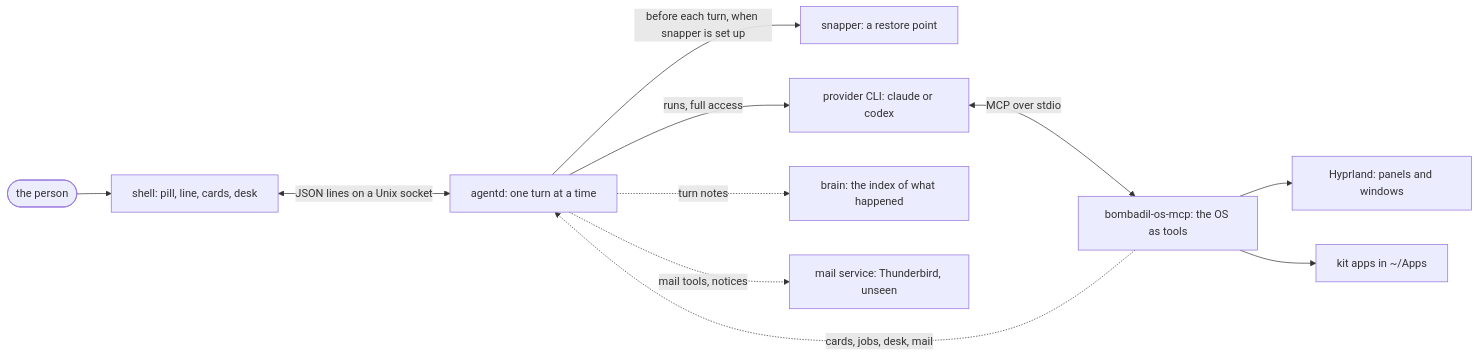
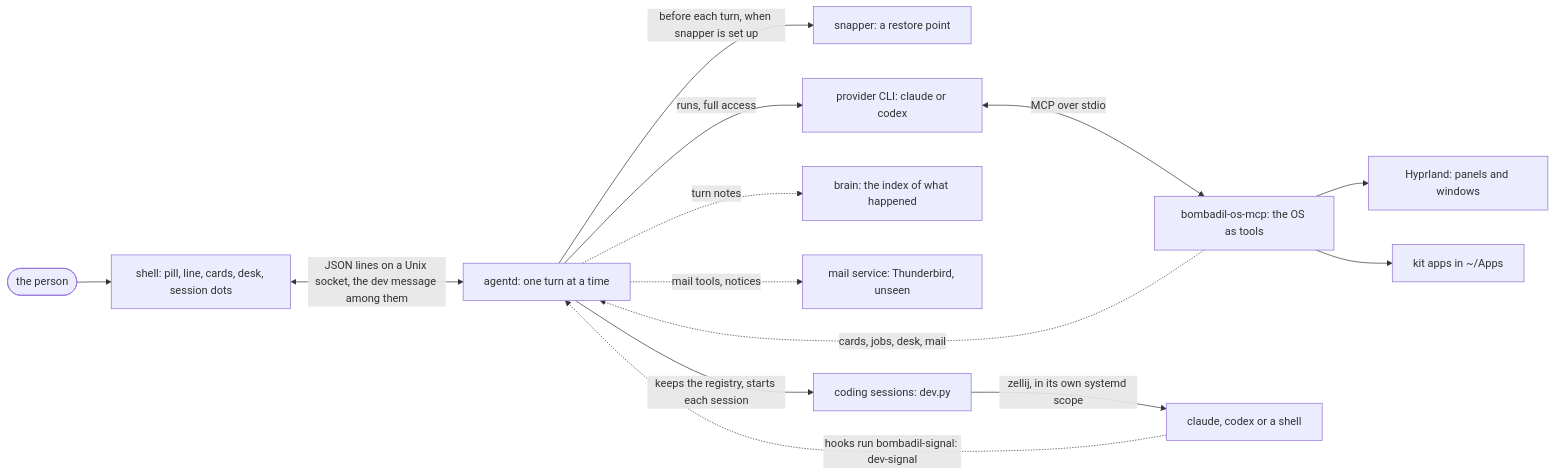
The first of 2 diagrams in docs/ARCHITECTURE.md (thedefaultman/Bombadil), drawn with Mermaid before and after one commit. The commit also changed other lines of this file and 37 other files, not shown here.

First line of the commit message:
docs: image, install and session-service pages checked against main with coding sessions (work in progress)

````diff
--- a/docs/ARCHITECTURE.md
+++ b/docs/ARCHITECTURE.md
@@ -12,13 +12,16 @@
 ```mermaid
 flowchart LR
-    person(["the person"]) --> shell["shell: pill, line, cards, desk"]
-    shell <-->|"JSON lines on a Unix socket"| agentd["agentd: one turn at a time"]
+    person(["the person"]) --> shell["shell: pill, line, cards, desk, session dots"]
+    shell <-->|"JSON lines on a Unix socket, the dev message among them"| agentd["agentd: one turn at a time"]
     agentd -->|"before each turn, when snapper is set up"| snap["snapper: a restore point"]
     agentd -->|"runs, full access"| cli["provider CLI: claude or codex"]
     cli <-->|"MCP over stdio"| mcp["bombadil-os-mcp: the OS as tools"]
     mcp --> hypr["Hyprland: panels and windows"]
     mcp --> apps["kit apps in ~/Apps"]
     mcp -.->|"cards, jobs, desk, mail"| agentd
     agentd -.->|"turn notes"| brain["brain: the index of what happened"]
     agentd -.->|"mail tools, notices"| mail["mail service: Thunderbird, unseen"]
+    agentd -->|"keeps the registry, starts each session"| dev["coding sessions: dev.py"]
+    dev -->|"zellij, in its own systemd scope"| tools["claude, codex or a shell"]
+    tools -.->|"hooks run bombadil-signal: dev-signal"| agentd
 ```
````
